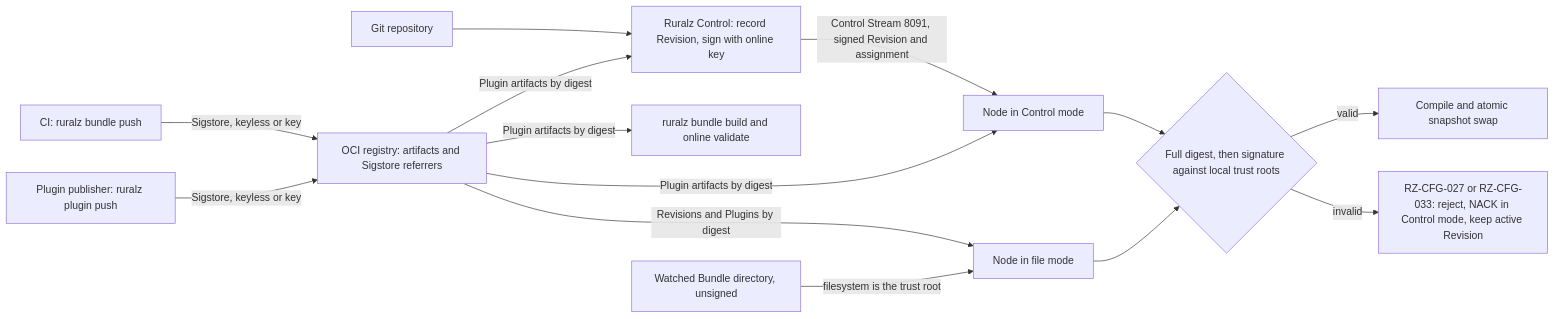
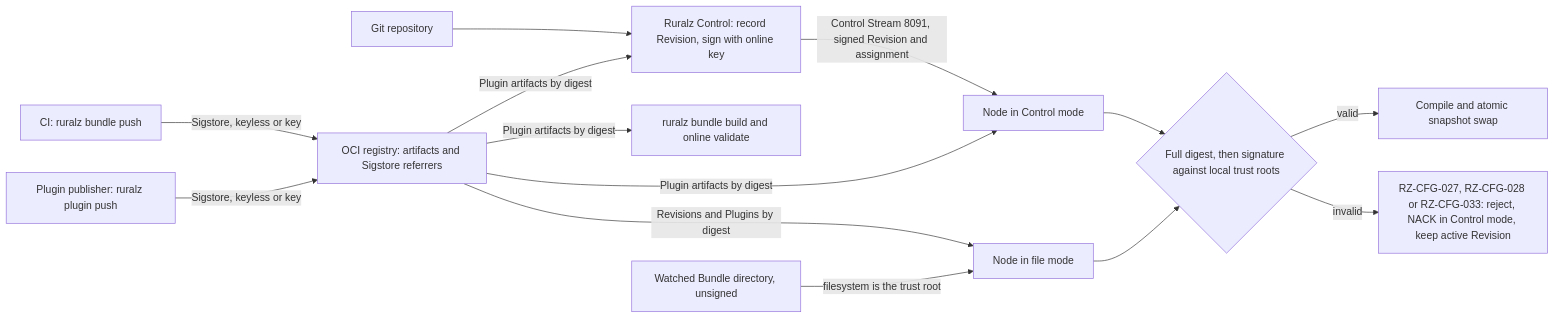
Before and after one commit to ravindu-rev/ruralz: the diagram in docs/adr/0017-artifact-signing.md, drawn with Mermaid. The commit also changed other lines of this file and 24 other files, not shown here.

````diff
--- a/docs/adr/0017-artifact-signing.md
+++ b/docs/adr/0017-artifact-signing.md
@@ -69,28 +70,28 @@
 ```mermaid
 flowchart LR
     git["Git repository"]
     ci["CI: ruralz bundle push"]
     pub["Plugin publisher: ruralz plugin push"]
     oci["OCI registry: artifacts and Sigstore referrers"]
     ctl["Ruralz Control: record Revision, sign with online key"]
     cli["ruralz bundle build and online validate"]
     nc["Node in Control mode"]
     nf["Node in file mode"]
     dir["Watched Bundle directory, unsigned"]
     ver{"Full digest, then signature against local trust roots"}
     act["Compile and atomic snapshot swap"]
-    rej["RZ-CFG-027 or RZ-CFG-033: reject, NACK in Control mode, keep active Revision"]
+    rej["RZ-CFG-027, RZ-CFG-028 or RZ-CFG-033: reject, NACK in Control mode, keep active Revision"]
     git --> ctl
     ci -->|"Sigstore, keyless or key"| oci
     pub -->|"Sigstore, keyless or key"| oci
     oci -->|"Plugin artifacts by digest"| ctl
     oci -->|"Plugin artifacts by digest"| cli
     ctl -->|"Control Stream 8091, signed Revision and assignment"| nc
     oci -->|"Revisions and Plugins by digest"| nf
     oci -->|"Plugin artifacts by digest"| nc
     dir -->|"filesystem is the trust root"| nf
     nc --> ver
     nf --> ver
     ver -- "valid" --> act
     ver -- "invalid" --> rej
 ```
````
